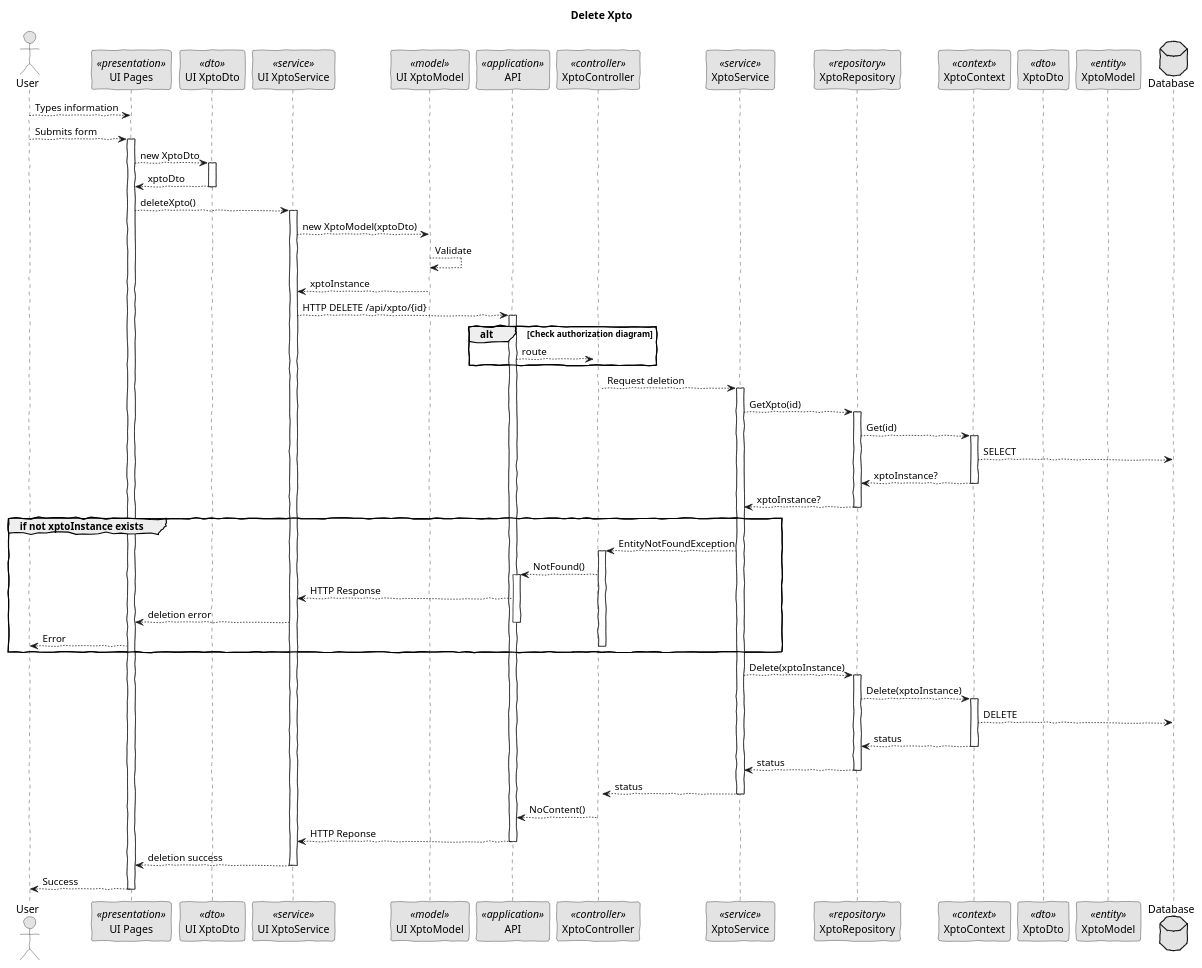
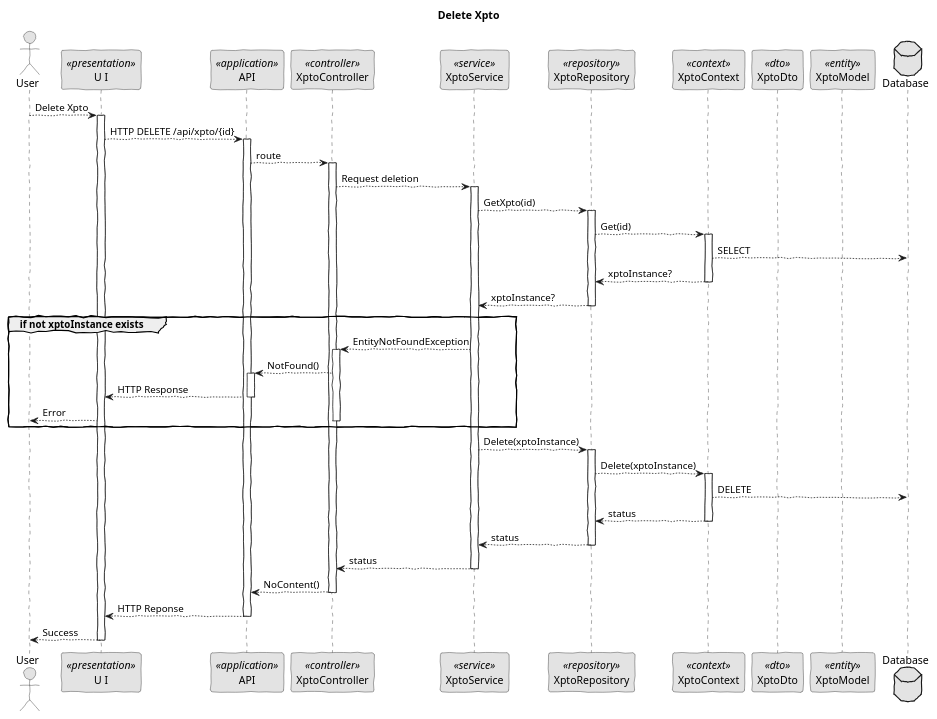
The diagram in docs/sprint_2/global_artifacts/arquitecture/level_4/process_views/l4_process_view_delete.puml (BernasDzn/portit), drawn with PlantUML before and after one commit. The commit also changed 13 other files, not shown here.

```diff
--- a/docs/sprint_2/global_artifacts/arquitecture/level_4/process_views/l4_process_view_delete.puml
+++ b/docs/sprint_2/global_artifacts/arquitecture/level_4/process_views/l4_process_view_delete.puml
@@ -1,104 +1,83 @@
 @startuml sequence_diagram_delete
 skinparam handwritten true
 skinparam monochrome true
 skinparam packageStyle rect
 skinparam defaultFontName FG Virgil
 skinparam shadowing false
 
 actor User as Actor
-participant "UI Pages" as UI <<presentation>>
-participant "UI XptoDto" as UiDto <<dto>>
-participant "UI XptoService" as UiService <<service>>
-participant "UI XptoModel" as UiModel <<model>>
+participant "U I" as UI <<presentation>>
 participant API as API <<application>>
 participant XptoController as Controller <<controller>>
 participant XptoService as Service <<service>>
 participant XptoRepository as Repository <<repository>>
 participant XptoContext as Context <<context>>
 participant XptoDto as Dto <<dto>>
 participant XptoModel as Model <<entity>>
 database Database
 
 title Delete Xpto
 
-Actor --> UI: Types information
-Actor --> UI: Submits form
+Actor --> UI: Delete Xpto
 activate UI
 
-    UI --> UiDto: new XptoDto
-    activate UiDto
-        UiDto --> UI: xptoDto
-    deactivate UiDto
+    UI --> API: HTTP DELETE /api/xpto/{id}
 
-    UI --> UiService: deleteXpto()
-    activate UiService
-        UiService --> UiModel: new XptoModel(xptoDto)
-        UiModel --> UiModel: Validate
-        UiModel --> UiService: xptoInstance
+    activate API
 
-        UiService --> API: HTTP DELETE /api/xpto/{id}
+        API --> Controller: route
+        activate Controller
 
-        activate API
+            Controller --> Service: Request deletion
+            activate Service
 
-            alt Check authorization diagram
-                API --> Controller: route
-            end
-            activate Controller
+                Service --> Repository: GetXpto(id)
+                activate Repository
+                
+                    Repository --> Context: Get(id)
 
-                Controller --> Service: Request deletion
-                activate Service
+                    activate Context
+                        Context --> Database: SELECT
+                        Context --> Repository: xptoInstance?
+                    deactivate Context
 
-                    Service --> Repository: GetXpto(id)
-                    activate Repository
-                    
-                        Repository --> Context: Get(id)
+                    Repository --> Service: xptoInstance?
+                deactivate Repository
 
-                        activate Context
-                            Context --> Database: SELECT
-                            Context --> Repository: xptoInstance?
-                        deactivate Context
+                group if not xptoInstance exists
+                    Service --> Controller: EntityNotFoundException 
+                    activate Controller
+                        Controller --> API: NotFound()
+                        activate API
+                            API --> UI: HTTP Response
+                        deactivate API
+                        UI --> Actor: Error
+                    deactivate Controller
+                end
 
-                        Repository --> Service: xptoInstance?
-                    deactivate Repository
+                Service --> Repository: Delete(xptoInstance)
+                activate Repository
+                
+                    Repository --> Context: Delete(xptoInstance)
 
-                    group if not xptoInstance exists
-                        Service --> Controller: EntityNotFoundException 
-                        activate Controller
-                            Controller --> API: NotFound()
-                            activate API
-                                API --> UiService: HTTP Response
-                                UiService --> UI: deletion error
+                    activate Context
+                        Context --> Database: DELETE
+                        Context --> Repository: status
+                    deactivate Context
 
-                            deactivate API
-                            UI --> Actor: Error
-                        deactivate Controller
-                    end
+                    Repository --> Service: status
+                deactivate Repository
 
-                    Service --> Repository: Delete(xptoInstance)
-                    activate Repository
-                    
-                        Repository --> Context: Delete(xptoInstance)
+                Service --> Controller: status
+            deactivate Service
 
-                        activate Context
-                            Context --> Database: DELETE
-                            Context --> Repository: status
-                        deactivate Context
+            Controller --> API: NoContent()
+        deactivate Controller
 
-                        Repository --> Service: status
-                    deactivate Repository
-
-                    Service --> Controller: status
-                deactivate Service
-
-                Controller --> API: NoContent()
-            deactivate Controller
-
-            API --> UiService: HTTP Reponse
-        deactivate API
-        UiService --> UI: deletion success
-    deactivate UiService
+        API --> UI: HTTP Reponse
+    deactivate API
 
 UI --> Actor: Success
 deactivate UI
             
 @enduml
```
